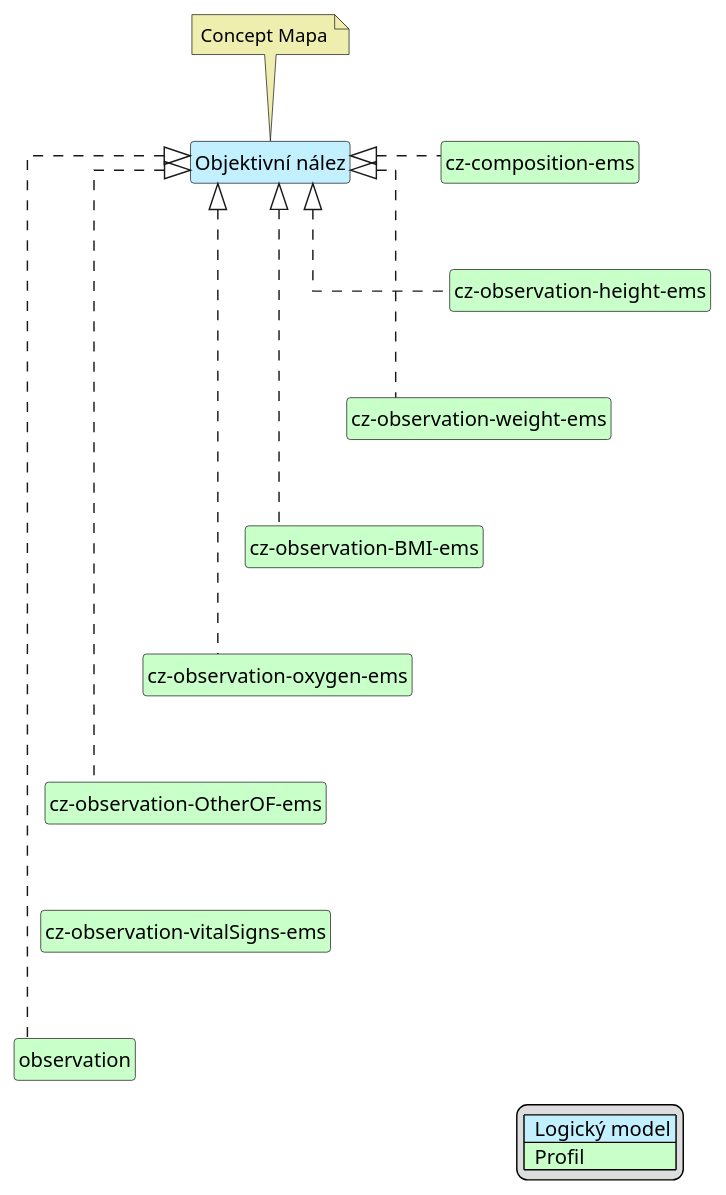
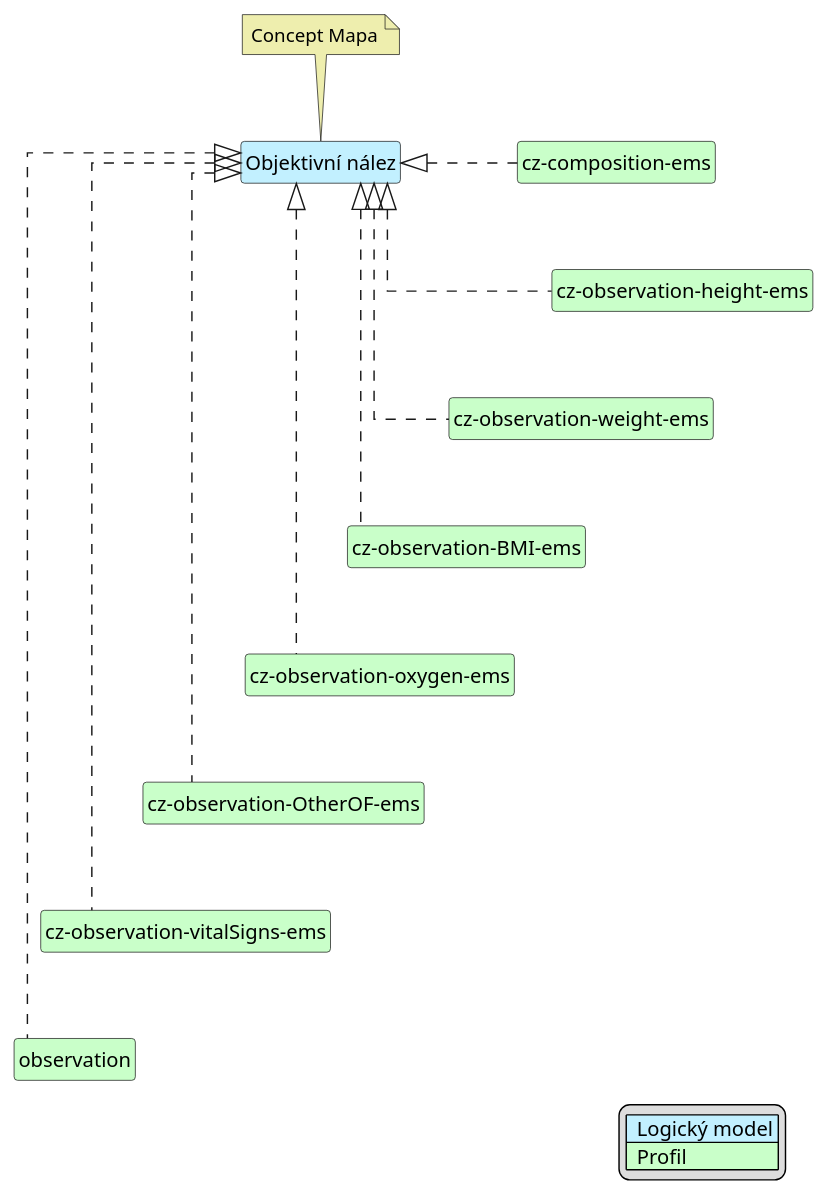
Before and after one commit to HL7-cz/cz-ems: the diagram in input/images-source/emsObjectiveFindings-map-cs.plantuml, drawn with PlantUML. The commit also changed 1 other file, not shown here.

Commit message:
Fix OF plantuml

```diff
--- a/input/images-source/emsObjectiveFindings-map-cs.plantuml
+++ b/input/images-source/emsObjectiveFindings-map-cs.plantuml
@@ -1,46 +1,47 @@
 @startuml
 hide circle
 hide stereotype
 hide members
 hide methods
 skinparam linetype ortho
 skinparam class {
 BackgroundColor<<LogicalModel>> #APPLICATION
 BackgroundColor<<Profile>> #TECHNOLOGY
 }
 legend right
 | <#APPLICATION>  Logický model |
 | <#TECHNOLOGY>  Profil |
 endlegend
 
 class "Objektivní nález" <<LogicalModel>> [[StructureDefinition-LogObjectiveFindingsEmsCz.html]]
 note top #EEEEAE [[ConceptMap-FindingsEMS2FHIR-cz.html]]
 Concept Mapa
 endnote
 
 class "cz-composition-ems" <<Profile>> [[StructureDefinition-cz-composition-ems.html]]
 class "cz-observation-height-ems" <<Profile>> [[StructureDefinition-cz-observation-height-ems.html]]
 class "cz-observation-weight-ems" <<Profile>> [[StructureDefinition-cz-observation-weight-ems.html]]
 class "cz-observation-BMI-ems" <<Profile>> [[StructureDefinition-cz-observation-BMI-ems.html]]
 class "cz-observation-vitalSigns-ems" <<Profile>> [[StructureDefinition-cz-observation-vitalSigns-ems.html]]
 class "cz-observation-oxygen-ems" <<Profile>> [[StructureDefinition-cz-observation-oxygen-ems.html]]
 class "cz-observation-OtherOF-ems" <<Profile>> [[StructureDefinition-cz-observation-OtherOF-ems.html]]
 class "observation" <<Profile>> [[https://hl7.org/fhir/R4/observation.html]]
 
 "Objektivní nález" <|. "cz-composition-ems"
 "Objektivní nález" <|. "cz-observation-height-ems"
 "Objektivní nález" <|. "cz-observation-weight-ems"
 "Objektivní nález" <|. "cz-observation-BMI-ems"
 "Objektivní nález" <|. "cz-observation-oxygen-ems"
 "Objektivní nález" <|. "cz-observation-OtherOF-ems"
+"Objektivní nález" <|. "cz-observation-vitalSigns-ems"
 "Objektivní nález" <|. "observation"
 
 "cz-composition-ems" -d[hidden]-> "cz-observation-height-ems"
 "cz-observation-height-ems" -d[hidden]-> "cz-observation-weight-ems"
 "cz-observation-weight-ems" -d[hidden]-> "cz-observation-BMI-ems"
 "cz-observation-BMI-ems" -d[hidden]-> "cz-observation-oxygen-ems"
 "cz-observation-oxygen-ems" -d[hidden]-> "cz-observation-OtherOF-ems"
 "cz-observation-OtherOF-ems" -d[hidden]-> "cz-observation-vitalSigns-ems"
 "cz-observation-vitalSigns-ems" -d[hidden]-> "observation"
 
 @enduml
```
